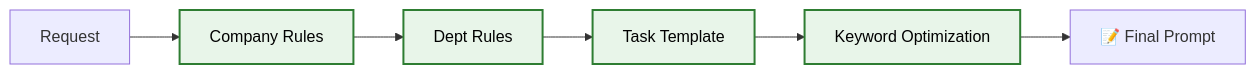
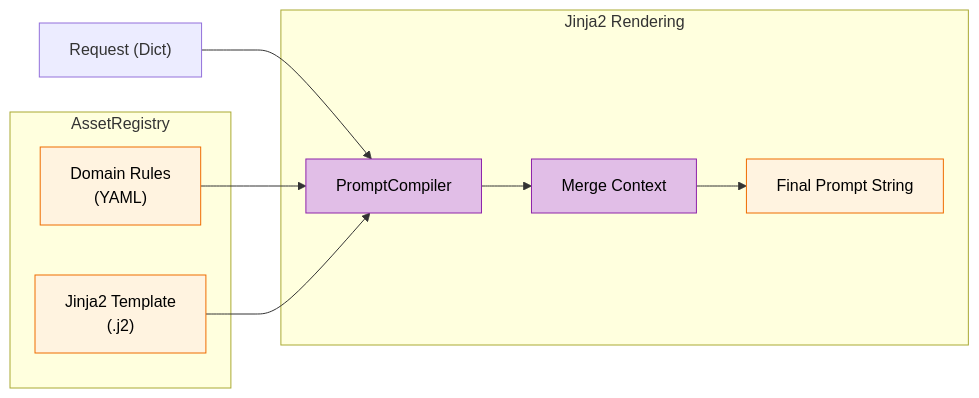
One commit to Daniel-LeTC/AI_market_intel_platform changed the fourth of 4 diagrams in docs/ECOSYSTEM_NODES_MAP.md. Above: the diagram before and after it, drawn with Mermaid. The commit also changed other lines of this file, not shown here.

Commit message:
docs: finalize Master Architecture Map with Executive, Architect, and Engineer views

````diff
--- a/docs/ECOSYSTEM_NODES_MAP.md
+++ b/docs/ECOSYSTEM_NODES_MAP.md
@@ -178,10 +235,20 @@
 ```mermaid
 graph LR
-    classDef ctx fill:#e8f5e9,stroke:#2e7d32,stroke-width:2px,color:#000;
+    classDef py fill:#e1bee7,stroke:#8e24aa,stroke-width:1px,color:#000;
+    classDef file fill:#fff3e0,stroke:#ef6c00,stroke-width:1px,color:#000;
+
+    Req["Request (Dict)"] --> Compiler["PromptCompiler"]:::py
     
-    Req["Request"] --> L1["Company Rules"]:::ctx
-    L1 --> L2["Dept Rules"]:::ctx
-    L2 --> L3["Task Template"]:::ctx
-    L3 --> L4["Keyword Optimization"]:::ctx
-    L4 --> Final["📝 Final Prompt"]
+    subgraph REGISTRY ["AssetRegistry"]
+        Rules["Domain Rules<br/>(YAML)"]:::file
+        Tmpl["Jinja2 Template<br/>(.j2)"]:::file
+    end
+    
+    Rules --> Compiler
+    Tmpl --> Compiler
+    
+    subgraph RENDER ["Jinja2 Rendering"]
+        Compiler --> Merge["Merge Context"]:::py
+        Merge --> Final["Final Prompt String"]:::file
+    end
 ```
````
